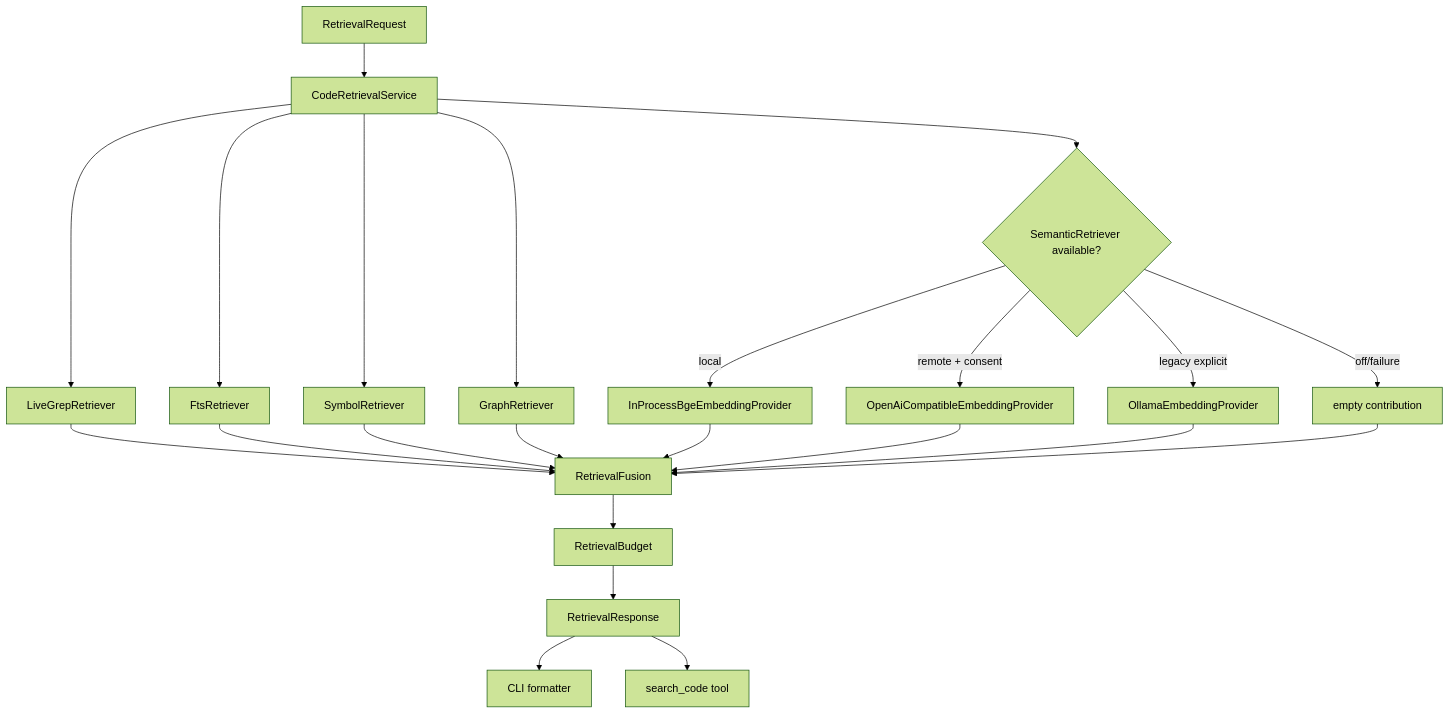
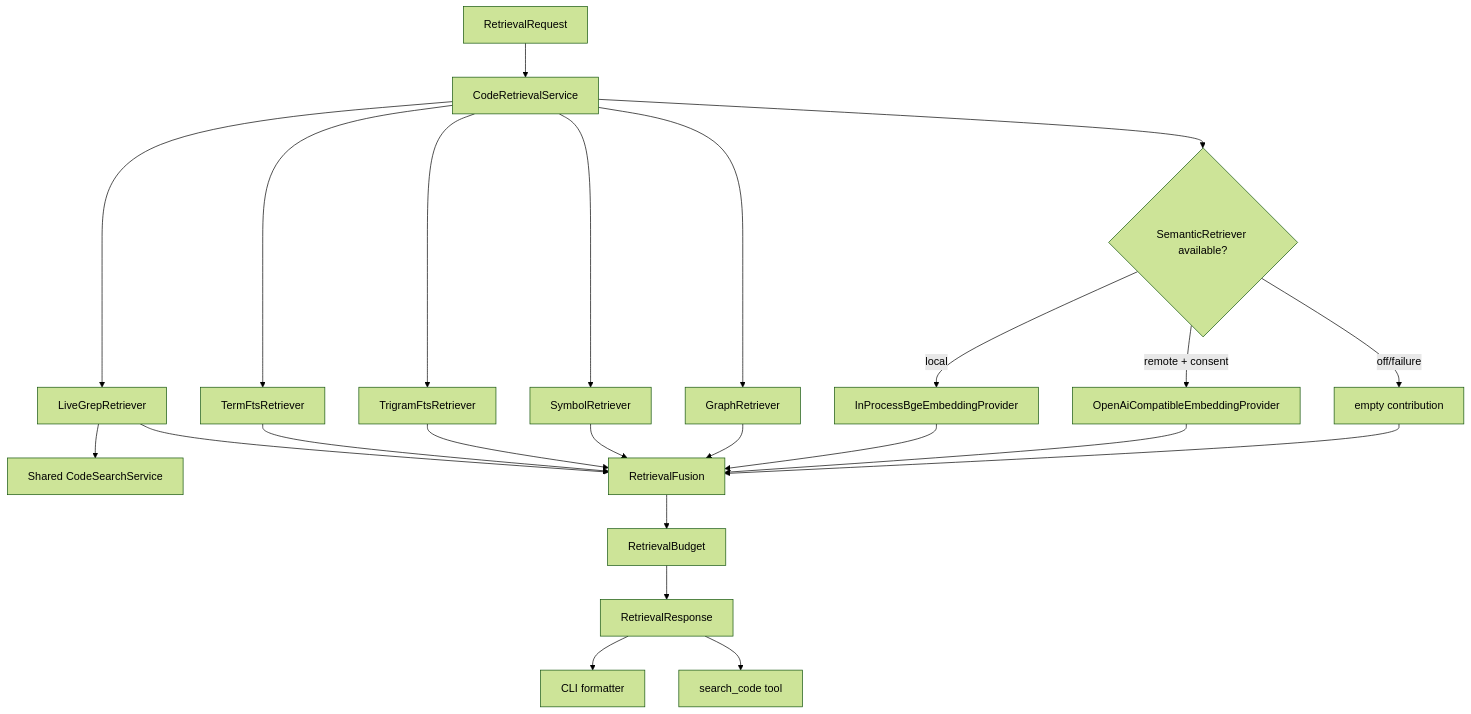
One commit to zgjdev/Code-Agent changed the third of 4 diagrams in docs/dev/20-local-first-layered-retrieval-implementation-plan.md. Above: the diagram before and after it, drawn with Mermaid (forest theme). The commit also changed other lines of this file and 116 other files, not shown here.

````diff
--- a/docs/dev/20-local-first-layered-retrieval-implementation-plan.md
+++ b/docs/dev/20-local-first-layered-retrieval-implementation-plan.md
@@ -141,28 +142,29 @@
 ```mermaid
 flowchart TD
     Q[RetrievalRequest] --> ORCH[CodeRetrievalService]
     ORCH --> LIVE[LiveGrepRetriever]
-    ORCH --> FTS[FtsRetriever]
+    LIVE --> SEARCH[Shared CodeSearchService]
+    ORCH --> TERMS[TermFtsRetriever]
+    ORCH --> TRI[TrigramFtsRetriever]
     ORCH --> SYM[SymbolRetriever]
     ORCH --> GRAPH[GraphRetriever]
     ORCH --> SEM{SemanticRetriever available?}
 
     SEM -->|local| ONNX[InProcessBgeEmbeddingProvider]
     SEM -->|remote + consent| HTTP[OpenAiCompatibleEmbeddingProvider]
-    SEM -->|legacy explicit| OLLAMA[OllamaEmbeddingProvider]
     SEM -->|off/failure| SKIP[empty contribution]
 
     LIVE --> FUSION[RetrievalFusion]
-    FTS --> FUSION
+    TERMS --> FUSION
+    TRI --> FUSION
     SYM --> FUSION
     GRAPH --> FUSION
     ONNX --> FUSION
     HTTP --> FUSION
-    OLLAMA --> FUSION
     SKIP --> FUSION
 
     FUSION --> BUDGET[RetrievalBudget]
     BUDGET --> RESULT[RetrievalResponse]
     RESULT --> CLI[CLI formatter]
     RESULT --> TOOL[search_code tool]
 ```
````
